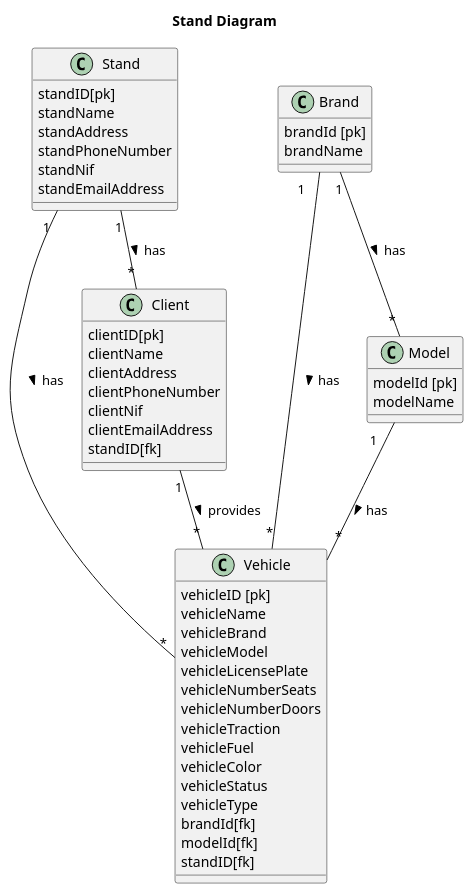
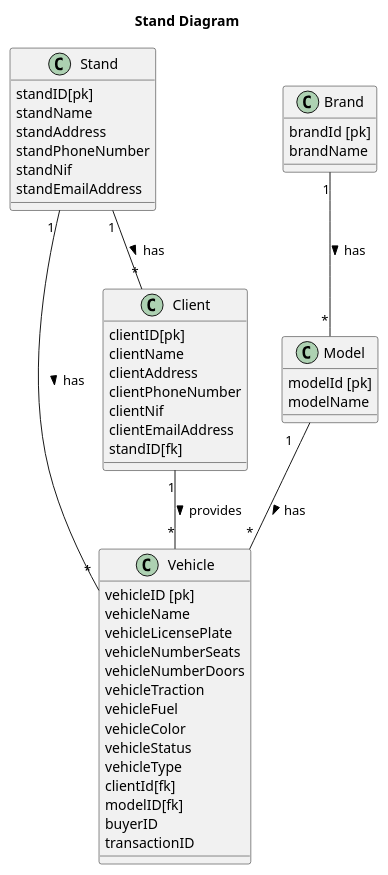
The diagram in stand/stand/doc/global/requirements/DomainModelDiagram.puml (soniribeir/Stand), drawn with PlantUML before and after one commit. The commit also changed 7 other files, not shown here.

```diff
--- a/stand/stand/doc/global/requirements/DomainModelDiagram.puml
+++ b/stand/stand/doc/global/requirements/DomainModelDiagram.puml
@@ -1,65 +1,63 @@
 @startuml
 
 'left to right direction
 top to bottom direction
 
 title Stand Diagram
 
 class Vehicle {
 vehicleID [pk]
 vehicleName
-vehicleBrand
-vehicleModel
 vehicleLicensePlate
 vehicleNumberSeats
 vehicleNumberDoors
 vehicleTraction
 vehicleFuel
 vehicleColor
 vehicleStatus
 vehicleType
-brandId[fk]
-modelId[fk]
-standID[fk]
+clientId[fk]
+modelID[fk]
+buyerID
+transactionID
 }
 
 class Client {
 clientID[pk]
 clientName
 clientAddress
 clientPhoneNumber
 clientNif
 clientEmailAddress
 standID[fk]
 }
 
 class Stand {
 standID[pk]
 standName
 standAddress
 standPhoneNumber
 standNif
 standEmailAddress
 }
 
 class Brand {
 brandId [pk]
 brandName
 }
 
 
 class Model {
 modelId [pk]
 modelName
 }
 
 
 
 Stand "1 " --down "       *"Vehicle : has >
 Client "1" --down "         *"Vehicle : provides >
 Stand "1" --down "*"Client : has >
-Brand "1    " --down "*"Vehicle : has >
 Model "1    " --down "*"Vehicle : has >
 Brand "1" --down "       *"Model : has >
 
 @enduml
```
